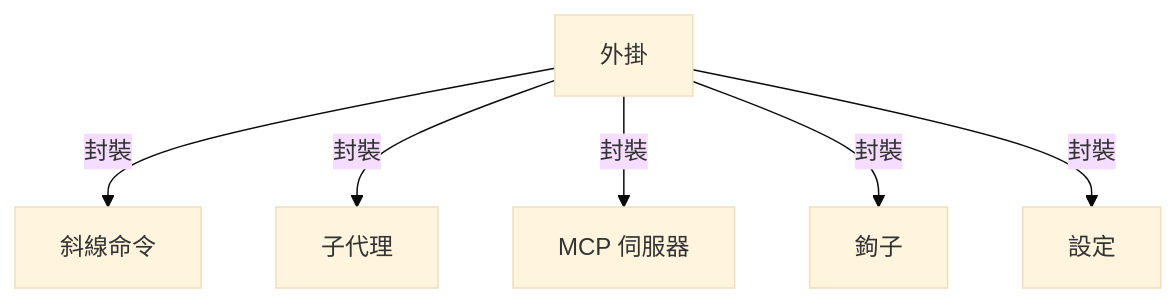
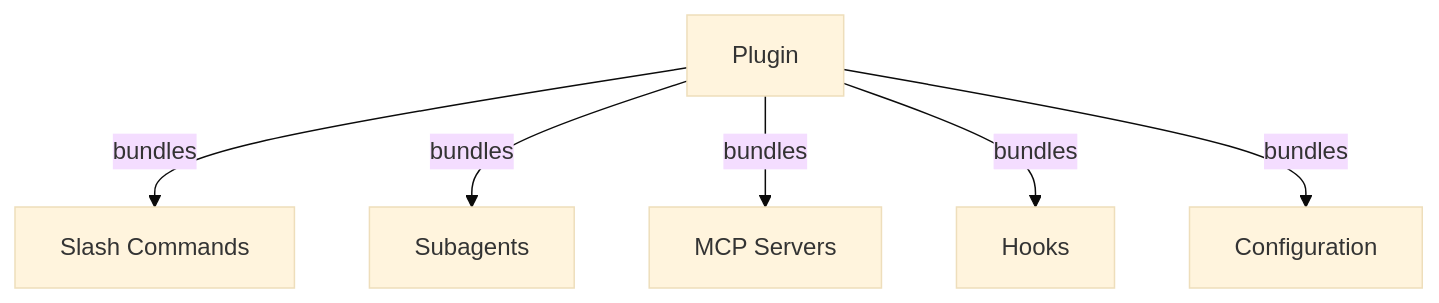
Before and after one commit to huckly/claude-howto-zh-tw: the first of 5 diagrams in 07-plugins/README.md, drawn with Mermaid (base theme). The commit also changed other lines of this file, not shown here.

````diff
--- a/07-plugins/README.md
+++ b/07-plugins/README.md
@@ -11,15 +16,15 @@
 ```mermaid
 graph TB
-    A["外掛"]
-    B["斜線命令"]
-    C["子代理"]
-    D["MCP 伺服器"]
-    E["鉤子"]
-    F["設定"]
+    A["Plugin"]
+    B["Slash Commands"]
+    C["Subagents"]
+    D["MCP Servers"]
+    E["Hooks"]
+    F["Configuration"]
 
-    A -->|封裝| B
-    A -->|封裝| C
-    A -->|封裝| D
-    A -->|封裝| E
-    A -->|封裝| F
+    A -->|bundles| B
+    A -->|bundles| C
+    A -->|bundles| D
+    A -->|bundles| E
+    A -->|bundles| F
 ```
````
